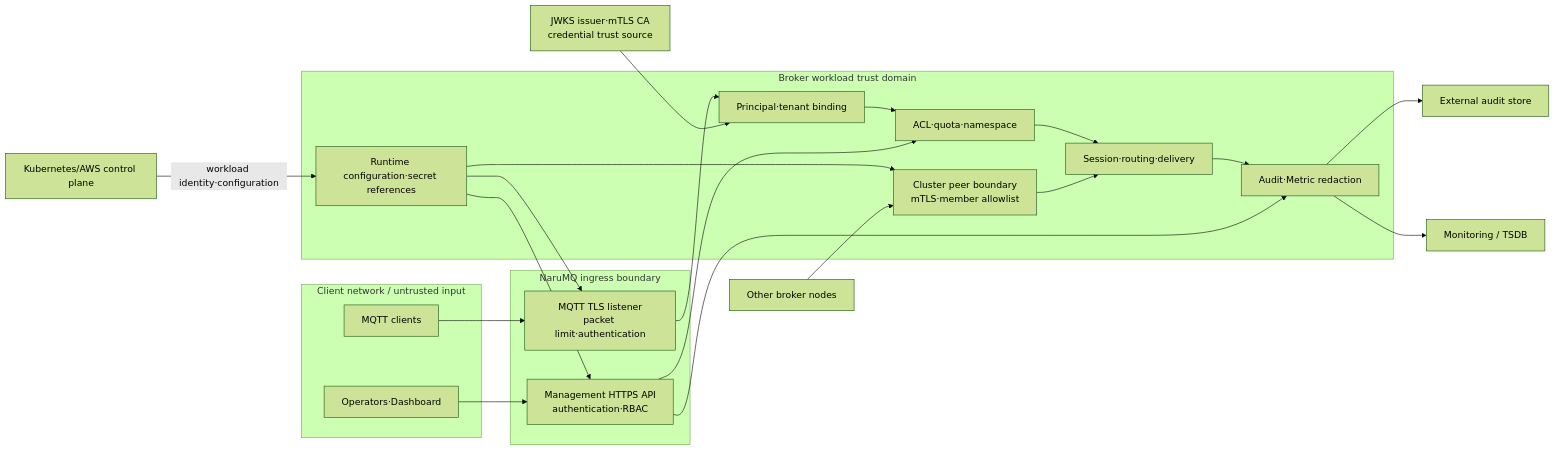
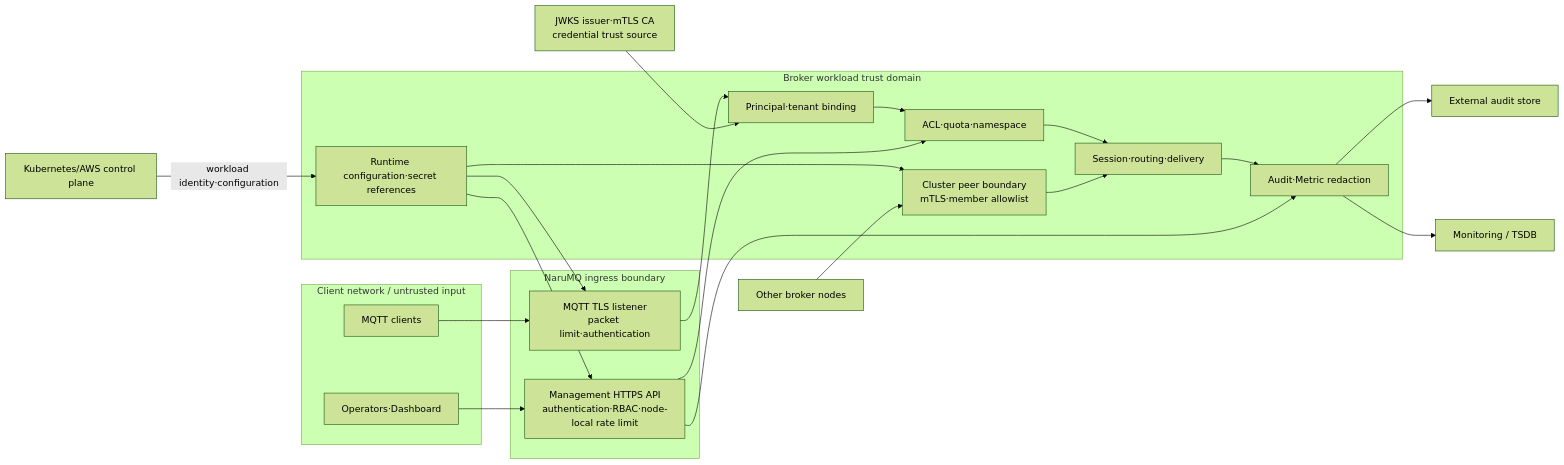
Before and after one commit to kayden-kim/narumq: the diagram in docs/architectures/security-boundaries.md, drawn with Mermaid (forest theme). The commit also changed other lines of this file and 27 other files, not shown here.

Commit message:
feat(management): add API rate limiting

````diff
--- a/docs/architectures/security-boundaries.md
+++ b/docs/architectures/security-boundaries.md
@@ -21,45 +22,45 @@
 ```mermaid
 flowchart LR
     subgraph ClientZone["Client network / untrusted input"]
         Clients["MQTT clients"]
         Admins["Operators·Dashboard"]
     end
 
     subgraph EdgeZone["NaruMQ ingress boundary"]
         MQTT["MQTT TLS listener\npacket limit·authentication"]
-        API["Management HTTPS API\nauthentication·RBAC"]
+        API["Management HTTPS API\nauthentication·RBAC·node-local rate limit"]
     end
 
     subgraph WorkloadZone["Broker workload trust domain"]
         Principal["Principal·tenant binding"]
         Policy["ACL·quota·namespace"]
         Domain["Session·routing·delivery"]
         Peer["Cluster peer boundary\nmTLS·member allowlist"]
         Runtime["Runtime configuration·secret references"]
         AuditAdapter["Audit·Metric redaction"]
     end
 
     IdP["JWKS issuer·mTLS CA\ncredential trust source"]
     K8s["Kubernetes/AWS control plane"]
     Peers["Other broker nodes"]
     Audit["External audit store"]
     Monitor["Monitoring / TSDB"]
 
     Clients --> MQTT
     MQTT --> Principal
     IdP --> Principal
     Principal --> Policy
     Policy --> Domain
     Admins --> API
     API --> Policy
     K8s -->|"workload identity·configuration"| Runtime
     Runtime --> MQTT
     Runtime --> API
     Runtime --> Peer
     Peers --> Peer
     Peer --> Domain
     Domain --> AuditAdapter
     API --> AuditAdapter
     AuditAdapter --> Audit
     AuditAdapter --> Monitor
 ```
````
